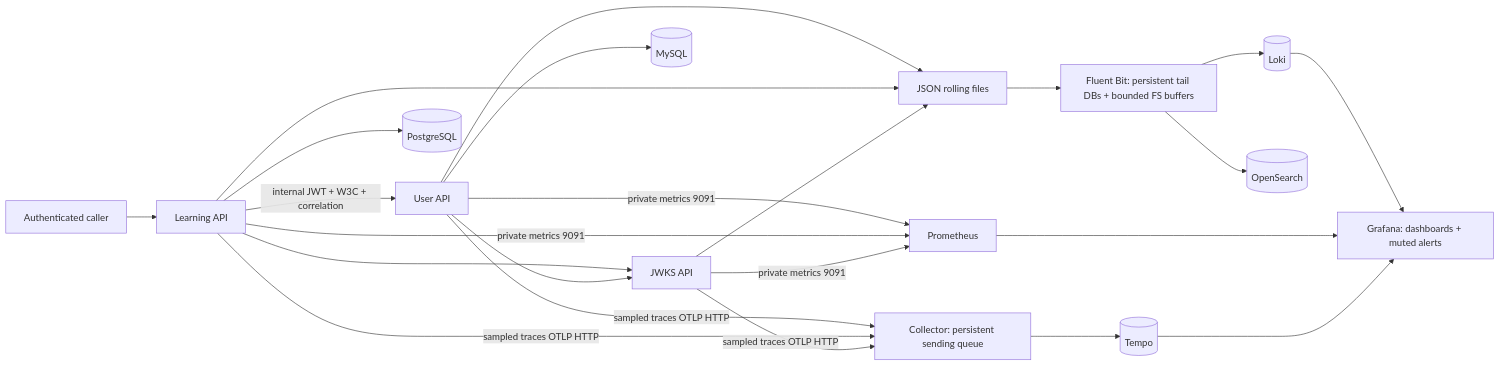
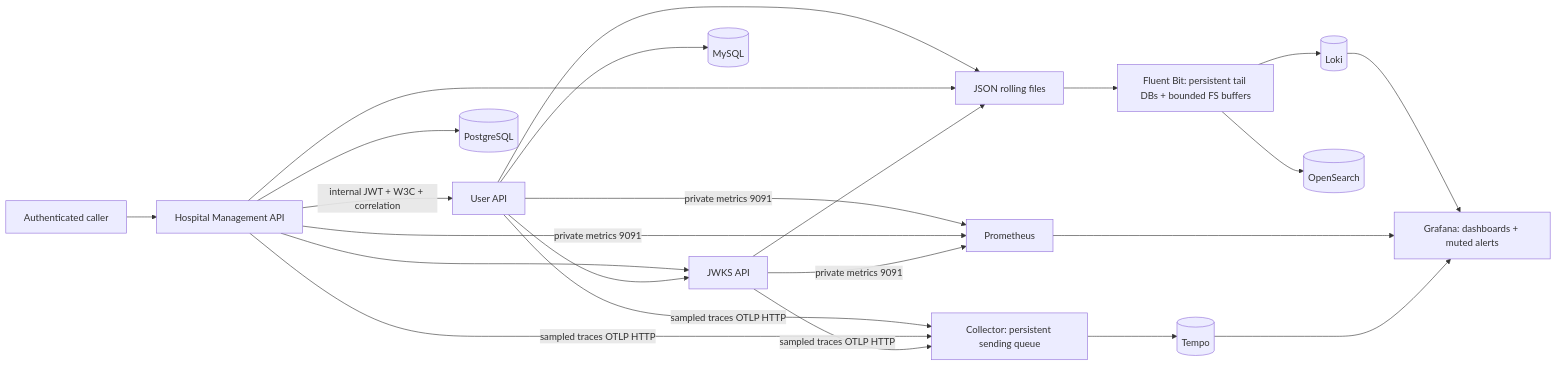
Before and after one commit to phat-dat-ag/springboot-project: the diagram in observability/operations-runbook.md, drawn with Mermaid. The commit also changed other lines of this file and 101 other files, not shown here.

Commit message:
feat(platform): migrate to hospital management infrastructure

````diff
--- a/observability/operations-runbook.md
+++ b/observability/operations-runbook.md
@@ -10,17 +10,17 @@
 ```mermaid
 flowchart LR
-  C[Authenticated caller] --> L[Learning API]
+  C[Authenticated caller] --> L[Hospital Management API]
   L -->|internal JWT + W3C + correlation| U[User API]
   L --> J[JWKS API]
   U --> J
   U --> M[(MySQL)]
   L --> D[(PostgreSQL)]
   U & L & J --> F[JSON rolling files]
   F --> B[Fluent Bit: persistent tail DBs + bounded FS buffers]
   B --> K[(Loki)]
   B --> O[(OpenSearch)]
   U & L & J -->|private metrics 9091| P[Prometheus]
   U & L & J -->|sampled traces OTLP HTTP| T[Collector: persistent sending queue]
   T --> E[(Tempo)]
   K & P & E --> G[Grafana: dashboards + muted alerts]
 ```
````
